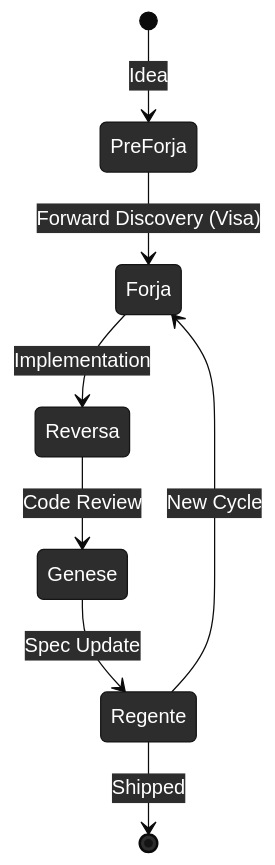
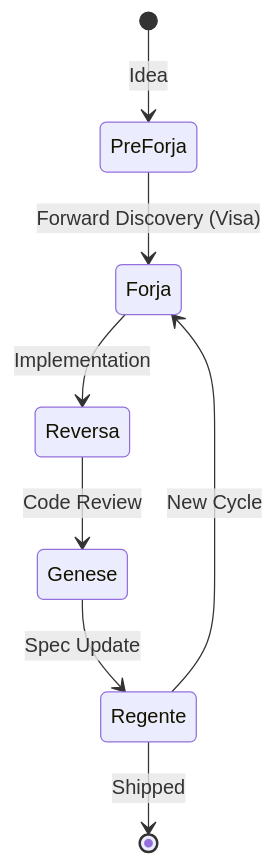
The second of 4 diagrams in README.md (Adgmed2018/visa), drawn with Mermaid before and after one commit. The commit also changed other lines of this file and 4 other files, not shown here.

Commit message:
Remove hardcoded mermaid themes to use default styling

````diff
--- a/README.md
+++ b/README.md
@@ -131,11 +130,10 @@
 ```mermaid
-%%{init: {'theme': 'base', 'themeVariables': { 'primaryColor': '#2d2d2d', 'primaryTextColor': '#ffffff'}}}%%
 stateDiagram-v2
     [*] --> PreForja: Idea
     PreForja --> Forja: Forward Discovery (Visa)
     Forja --> Reversa: Implementation
     Reversa --> Genese: Code Review
     Genese --> Regente: Spec Update
     Regente --> Forja: New Cycle
     Regente --> [*]: Shipped
 ```
````
